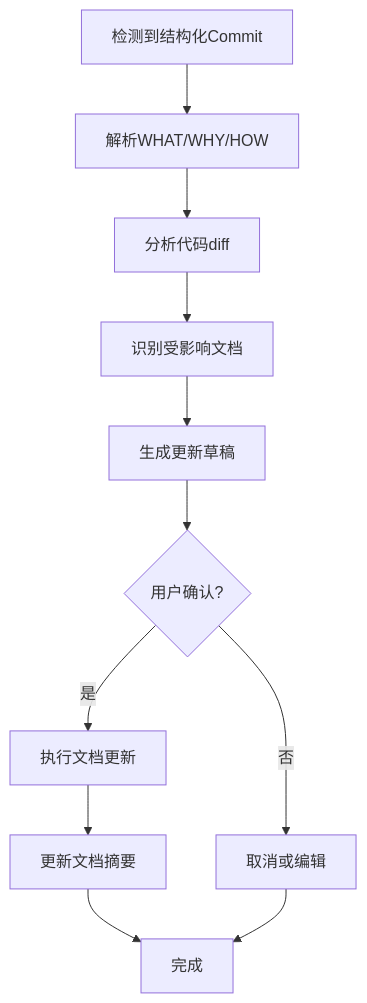
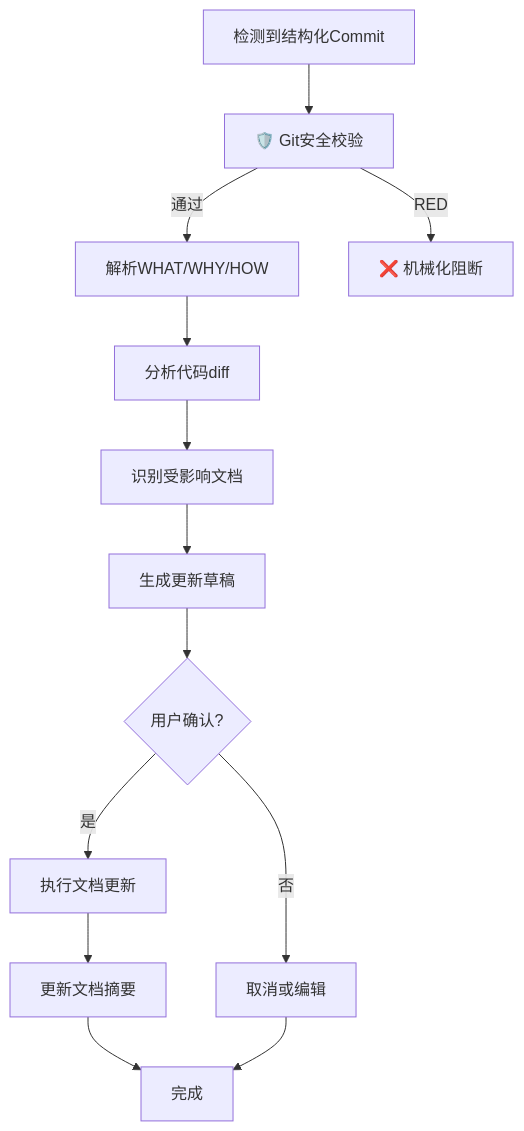
Before and after one commit to zibuyu2015831/AI-Coding-Context: the diagram in workflows/commit_guided_update.md, drawn with Mermaid. The commit also changed other lines of this file and 42 other files, not shown here.

````diff
--- a/workflows/commit_guided_update.md
+++ b/workflows/commit_guided_update.md
@@ -52,13 +52,15 @@
 ```mermaid
 graph TD
-    A[检测到结构化Commit] --> B[解析WHAT/WHY/HOW]
+    A[检测到结构化Commit] --> S[🛡️ Git安全校验]
+    S -->|通过| B[解析WHAT/WHY/HOW]
+    S -->|RED| X[❌ 机械化阻断]
     B --> C[分析代码diff]
     C --> D[识别受影响文档]
     D --> E[生成更新草稿]
     E --> F{用户确认?}
     F -->|是| G[执行文档更新]
     F -->|否| H[取消或编辑]
     G --> I[更新文档摘要]
     I --> J[完成]
     H --> J
 ```
````
